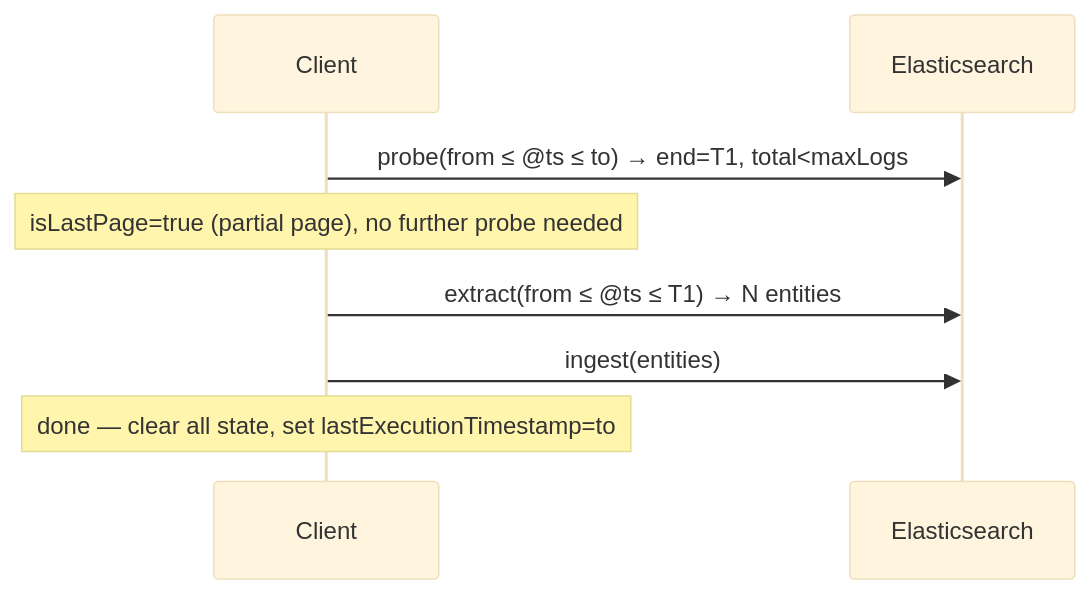
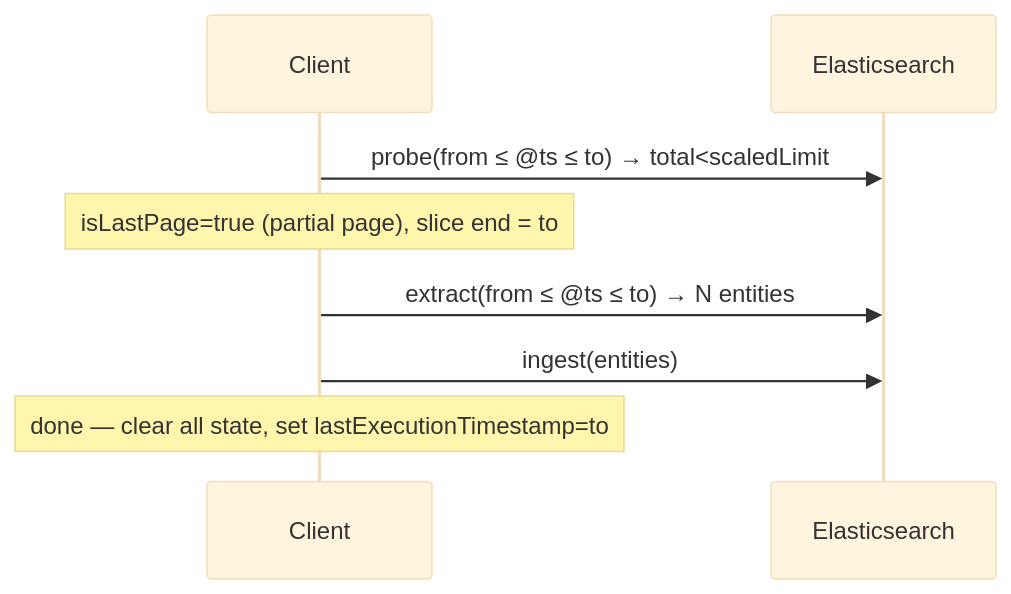
The first of 8 diagrams in x-pack/platform/plugins/shared/entity_store/server/domain/logs_extraction/PAGINATION.md (codacy-open-source-projects-scans/kibana), drawn with Mermaid (base theme) before and after one commit. The commit also changed other lines of this file and 8101 other files, not shown here.

````diff
--- a/x-pack/platform/plugins/shared/entity_store/server/domain/logs_extraction/PAGINATION.md
+++ b/x-pack/platform/plugins/shared/entity_store/server/domain/logs_extraction/PAGINATION.md
@@ -35,10 +41,10 @@
 ```mermaid
 sequenceDiagram
     participant C as Client
     participant ES as Elasticsearch
-    C->>ES: probe(from ≤ @ts ≤ to) → end=T1, total<maxLogs
-    Note over C: isLastPage=true (partial page), no further probe needed
-    C->>ES: extract(from ≤ @ts ≤ T1) → N entities
+    C->>ES: probe(from ≤ @ts ≤ to) → total<scaledLimit
+    Note over C: isLastPage=true (partial page), slice end = to
+    C->>ES: extract(from ≤ @ts ≤ to) → N entities
     C->>ES: ingest(entities)
     Note over C: done — clear all state, set lastExecutionTimestamp=to
 ```
````
